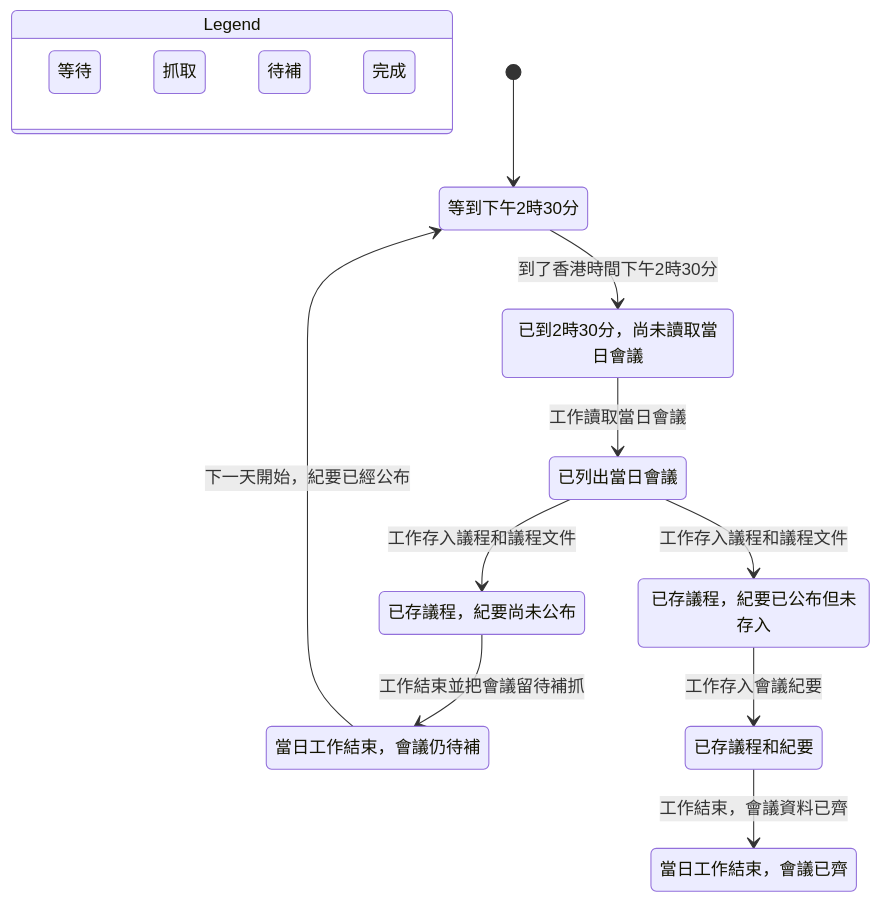
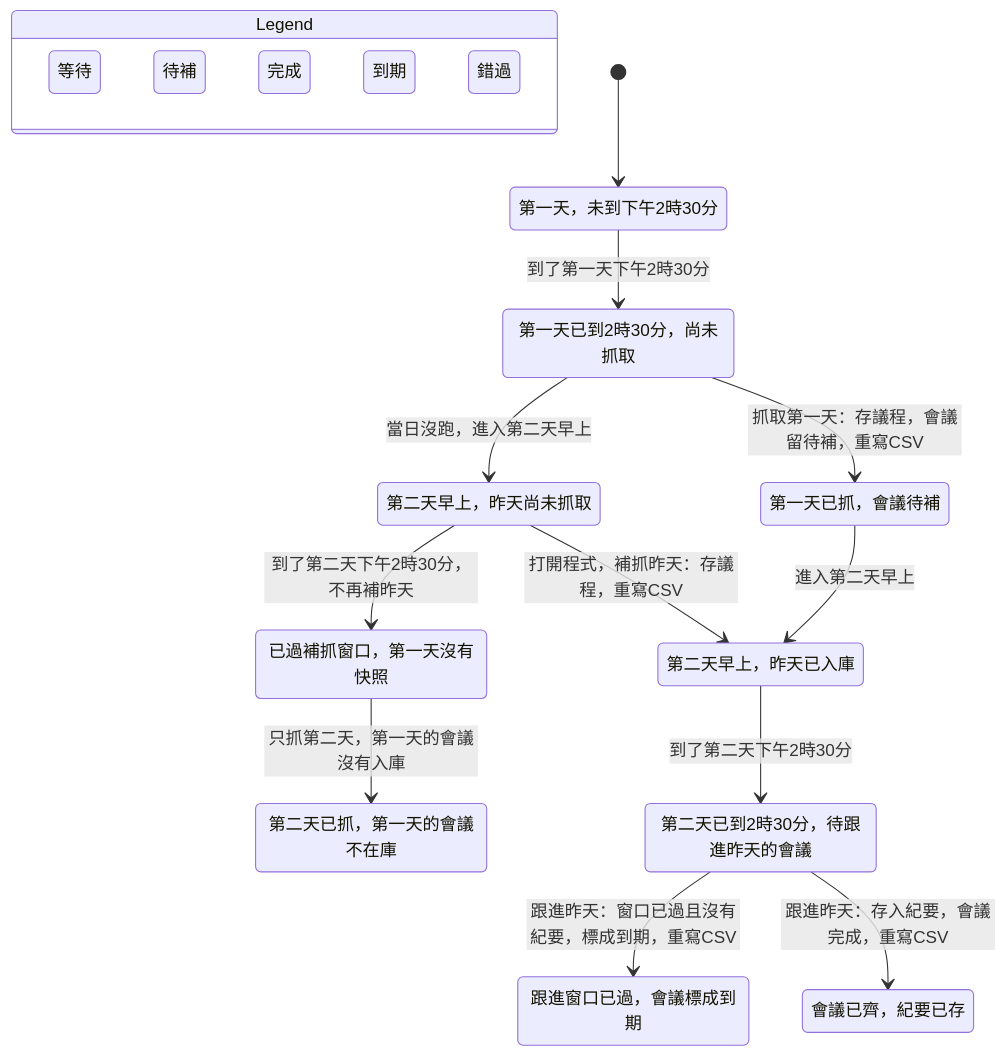
One commit to Nagrom-snc/Smart_LegCo changed the diagram in docs/daily-meeting-ingest-plan.md. Above: the diagram before and after it, drawn with Mermaid. The commit also changed other lines of this file and 5 other files, not shown here.

````diff
--- a/docs/daily-meeting-ingest-plan.md
+++ b/docs/daily-meeting-ingest-plan.md
@@ -200,38 +207,46 @@
 ```mermaid
 stateDiagram-v2
   state "Legend" as legend {
     lg0: 等待
-    lg1: 抓取
-    lg2: 待補
-    lg3: 完成
+    lg1: 待補
+    lg2: 完成
+    lg3: 到期
+    lg4: 錯過
   }
   class lg0 blue
-  class lg1 orange
-  class lg2 yellow
-  class lg3 teal
-  s0: 等到下午2時30分
-  s1: 已到2時30分，尚未讀取當日會議
-  s2: 已列出當日會議
-  s3: 已存議程，紀要尚未公布
-  s4: 當日工作結束，會議仍待補
-  s5: 已存議程，紀要已公布但未存入
-  s6: 已存議程和紀要
-  s7: 當日工作結束，會議已齊
+  class lg1 yellow
+  class lg2 teal
+  class lg3 pink
+  class lg4 orange
+  s0: 第一天，未到下午2時30分
+  s1: 第一天已到2時30分，尚未抓取
+  s2: 第二天早上，昨天尚未抓取
+  s3: 第一天已抓，會議待補
+  s4: 已過補抓窗口，第一天沒有快照
+  s5: 第二天早上，昨天已入庫
+  s6: 第二天已抓，第一天的會議不在庫
+  s7: 第二天已到2時30分，待跟進昨天的會議
+  s8: 跟進窗口已過，會議標成到期
+  s9: 會議已齊，紀要已存
   [*] --> s0
-  s0 --> s1: 到了香港時間下午2時30分
-  s1 --> s2: 工作讀取當日會議
-  s2 --> s3: 工作存入議程和議程文件
-  s3 --> s4: 工作結束並把會議留待補抓
-  s4 --> s0: 下一天開始，紀要已經公布
-  s2 --> s5: 工作存入議程和議程文件
-  s5 --> s6: 工作存入會議紀要
-  s6 --> s7: 工作結束，會議資料已齊
+  s0 --> s1: 到了第一天下午2時30分
+  s1 --> s2: 當日沒跑，進入第二天早上
+  s1 --> s3: 抓取第一天：存議程，會議留待補，重寫CSV
+  s2 --> s4: 到了第二天下午2時30分，不再補昨天
+  s2 --> s5: 打開程式，補抓昨天：存議程，重寫CSV
+  s3 --> s5: 進入第二天早上
+  s4 --> s6: 只抓第二天，第一天的會議沒有入庫
+  s5 --> s7: 到了第二天下午2時30分
+  s7 --> s8: 跟進昨天：窗口已過且沒有紀要，標成到期，重寫CSV
+  s7 --> s9: 跟進昨天：存入紀要，會議完成，重寫CSV
   class s0 blue
   class s1 blue
-  class s2 orange
-  class s3 orange
-  class s4 yellow
-  class s5 orange
+  class s2 blue
+  class s3 yellow
+  class s4 blue
+  class s5 yellow
   class s6 orange
-  class s7 teal
+  class s7 yellow
+  class s8 pink
+  class s9 teal
 ```
````
